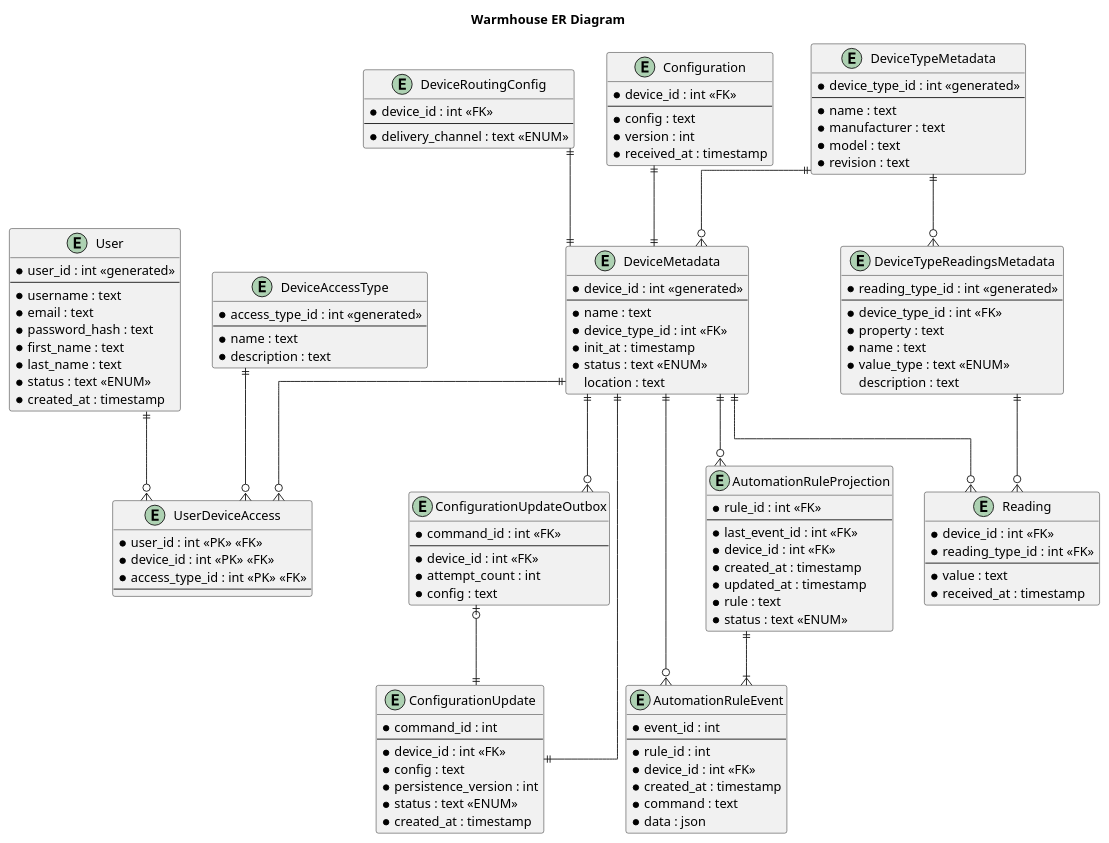
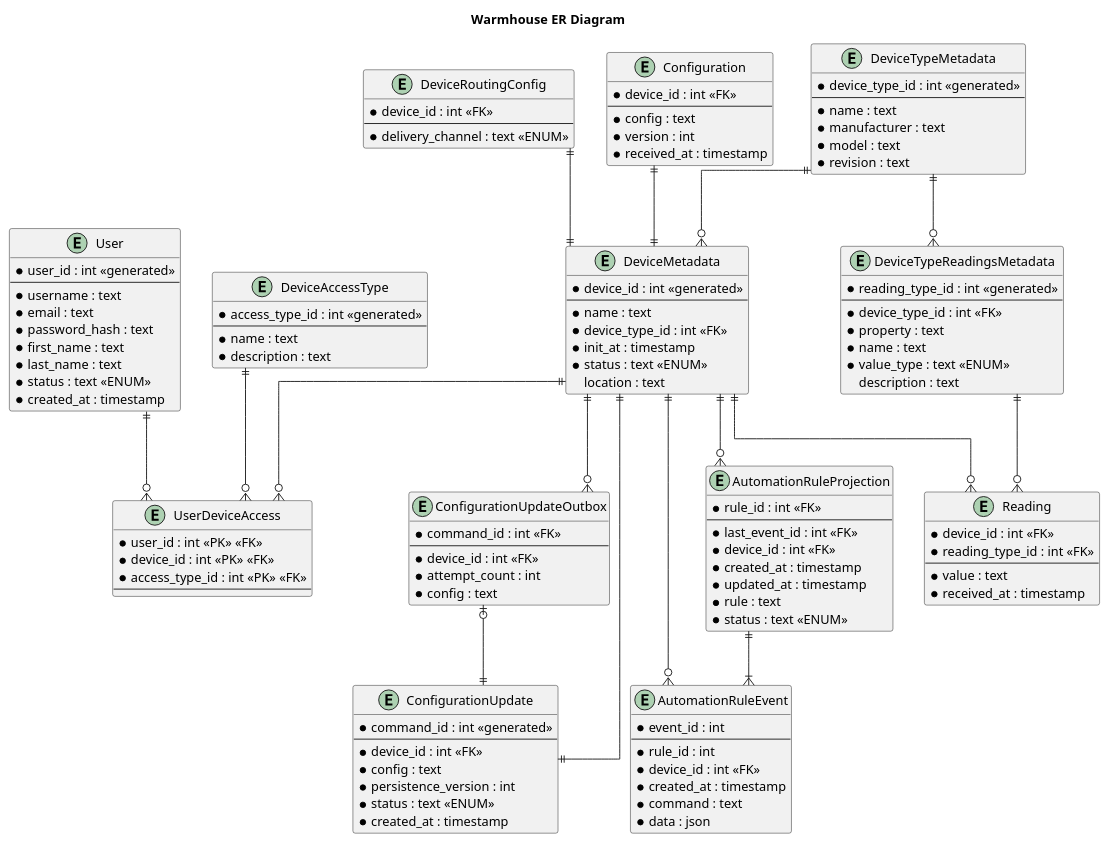
Before and after one commit to oleg088097/architecture-pro-warmhouse: the diagram in schemas/er/C4_er.puml, drawn with PlantUML.

Commit message:
fix(task3): make command_id generated

```diff
--- a/schemas/er/C4_er.puml
+++ b/schemas/er/C4_er.puml
@@ -1,159 +1,159 @@
 @startuml
 
 skinparam linetype ortho
 
 title Warmhouse ER Diagram
 
 ' Auth Database
 
 entity User {
     * user_id : int <<generated>>
     --
     * username : text
     * email : text
     * password_hash : text
     * first_name : text
     * last_name : text
     * status : text <<ENUM>>
     * created_at : timestamp
 }
 
 ' Device Access Database
 
 entity DeviceAccessType {
     * access_type_id : int <<generated>>
     --
     * name : text
     * description : text
 }
 
 entity UserDeviceAccess {
     * user_id : int <<PK>> <<FK>>
     * device_id : int <<PK>> <<FK>>
     * access_type_id : int <<PK>> <<FK>>
     --
 }
 
 ' Device Metadata Database
 
 entity DeviceTypeMetadata {
     * device_type_id : int <<generated>>
     --
     * name : text
     * manufacturer : text
     * model : text
     * revision : text
 }
 
 entity DeviceTypeReadingsMetadata {
     * reading_type_id : int <<generated>>
     --
     * device_type_id : int <<FK>>
     * property : text
     * name : text
     * value_type : text <<ENUM>>
     description : text
 }
 
 entity DeviceMetadata {
     * device_id : int <<generated>>
     --
     * name : text
     * device_type_id : int <<FK>>
     * init_at : timestamp
     * status : text <<ENUM>>
     location : text
 }
 
 ' Device Route Database
 
 entity DeviceRoutingConfig {
     * device_id : int <<FK>>
     --
     * delivery_channel : text <<ENUM>>
 }
 
 
 ' Device Configuration Database
 
 entity Configuration {
     * device_id : int <<FK>>
     --
     * config : text
     * version : int
     * received_at : timestamp
 }
 
 entity ConfigurationUpdate {
-    * command_id : int
+    * command_id : int <<generated>>
     --
     * device_id : int <<FK>>
     * config : text
     * persistence_version : int
     * status : text <<ENUM>>
     * created_at : timestamp
 }
 
 entity ConfigurationUpdateOutbox {
     * command_id : int <<FK>>
     --
     * device_id : int <<FK>>
     * attempt_count : int
     * config : text
 }
 
 ' Readings Database
 
 entity Reading {
     * device_id : int <<FK>>
     * reading_type_id : int <<FK>>
     --
     * value : text
     * received_at : timestamp
 }
 
 ' Automation Rule Database
 
 entity AutomationRuleEvent {
     * event_id : int
     --
     * rule_id : int
     * device_id : int <<FK>>
     * created_at : timestamp
     * command : text
     * data : json
 }
 
 entity AutomationRuleProjection {
     * rule_id : int <<FK>>
     --
     * last_event_id : int <<FK>>
     * device_id : int <<FK>>
     * created_at : timestamp
     * updated_at : timestamp
     * rule : text
     * status : text <<ENUM>>
 }
 
 User ||--o{ UserDeviceAccess
 DeviceAccessType ||--o{ UserDeviceAccess
 DeviceMetadata ||--o{ UserDeviceAccess
 
 DeviceTypeMetadata ||--o{ DeviceTypeReadingsMetadata
 DeviceTypeMetadata ||--o{ DeviceMetadata
 
 DeviceRoutingConfig ||--|| DeviceMetadata
 
 Configuration ||--|| DeviceMetadata
 ConfigurationUpdate ||--|| DeviceMetadata
 ConfigurationUpdateOutbox |o--|| ConfigurationUpdate
 DeviceMetadata ||--o{ ConfigurationUpdateOutbox
 
 DeviceMetadata ||--o{ Reading
 DeviceTypeReadingsMetadata ||--o{ Reading
 
 AutomationRuleProjection ||--|{ AutomationRuleEvent
 DeviceMetadata ||--o{ AutomationRuleProjection
 DeviceMetadata ||--o{ AutomationRuleEvent
 
 @enduml
```
